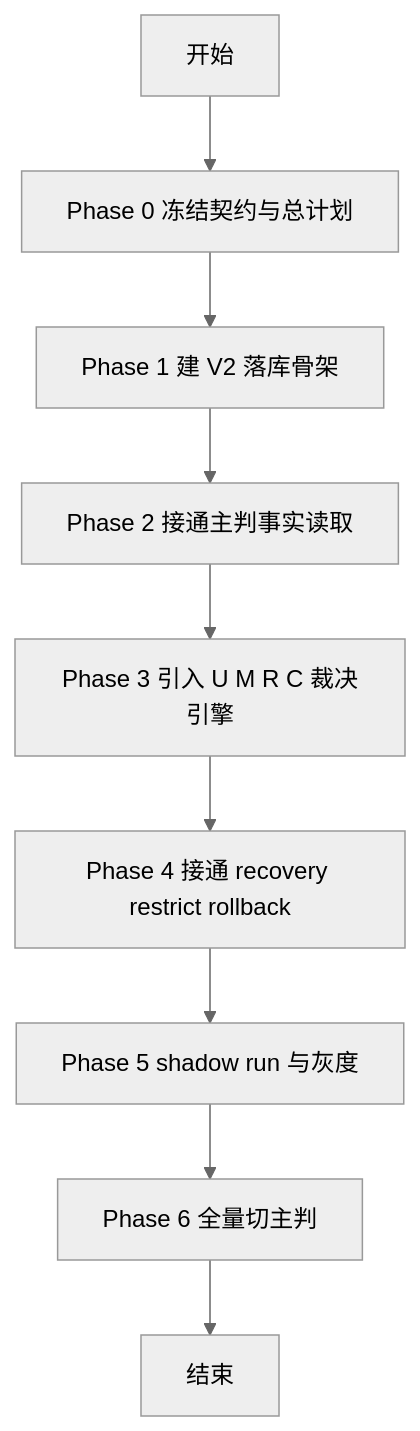
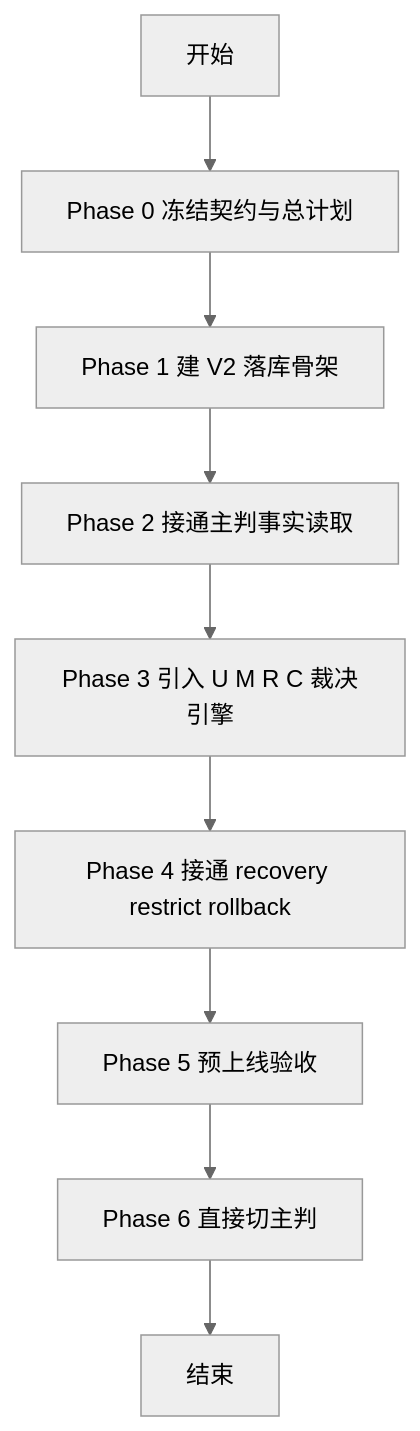
One commit to merrydance/locallife changed the diagram in implementation_flows/abnormal-order-main-adjudicator-master-plan.md. Above: the diagram before and after it, drawn with Mermaid (neutral theme). The commit also changed other lines of this file and 220 other files, not shown here.

Commit message:
feat: update backend and miniprogram business flows

````diff
--- a/implementation_flows/abnormal-order-main-adjudicator-master-plan.md
+++ b/implementation_flows/abnormal-order-main-adjudicator-master-plan.md
@@ -85,11 +85,11 @@
 ```mermaid
 flowchart TD
     A[开始] --> B[Phase 0 冻结契约与总计划]
     B --> C[Phase 1 建 V2 落库骨架]
     C --> D[Phase 2 接通主判事实读取]
     D --> E[Phase 3 引入 U M R C 裁决引擎]
     E --> F[Phase 4 接通 recovery restrict rollback]
-    F --> G[Phase 5 shadow run 与灰度]
-    G --> H[Phase 6 全量切主判]
+    F --> G[Phase 5 预上线验收]
+    G --> H[Phase 6 直接切主判]
     H --> I[结束]
 ```
````
